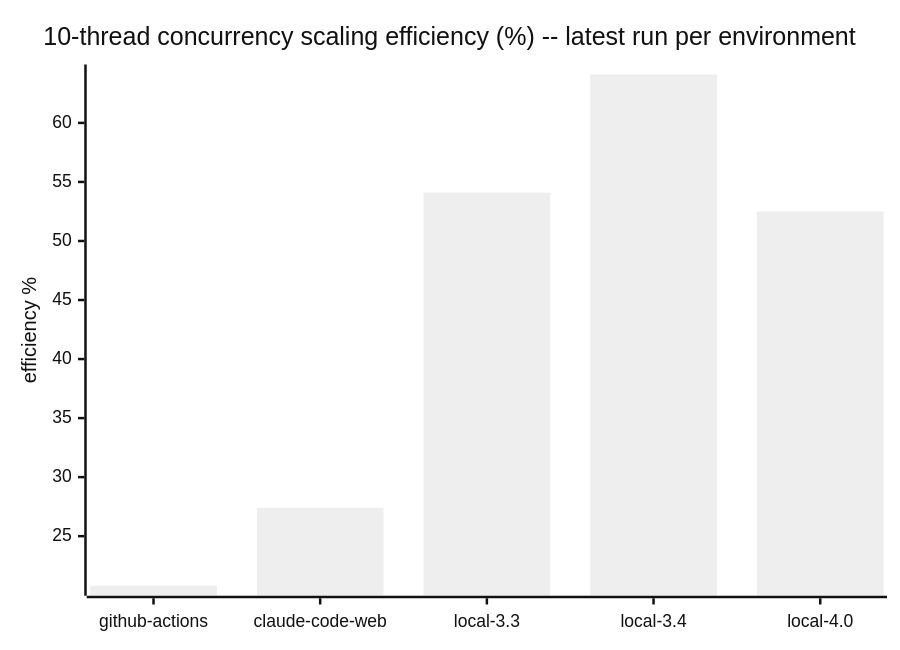
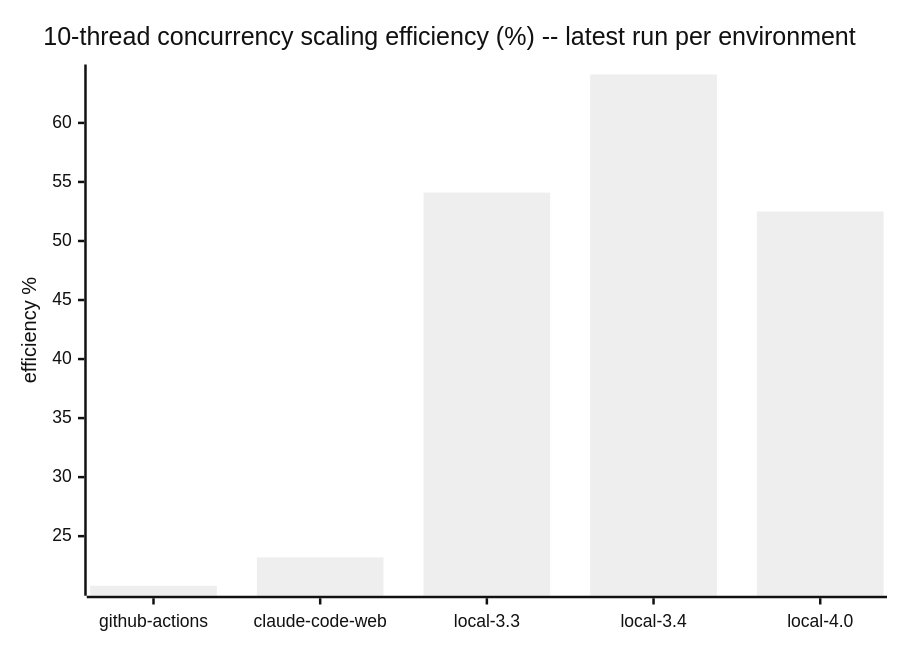
One commit to cpb/duckling changed the seventh of 7 diagrams in docs/benchmarks/README.md. Above: the diagram before and after it, drawn with Mermaid (neutral theme). The commit also changed other lines of this file and 1 other file, not shown here.

````diff
--- a/docs/benchmarks/README.md
+++ b/docs/benchmarks/README.md
@@ -223,7 +223,7 @@
 ```mermaid
 xychart-beta
     title "10-thread concurrency scaling efficiency (%) -- latest run per environment"
     x-axis [github-actions, claude-code-web, local-3.3, local-3.4, local-4.0]
     y-axis "efficiency %"
-    bar "efficiency_pct" [20.8, 27.4, 54.1, 64.1, 52.5]
+    bar "efficiency_pct" [20.8, 23.2, 54.1, 64.1, 52.5]
 ```
````
